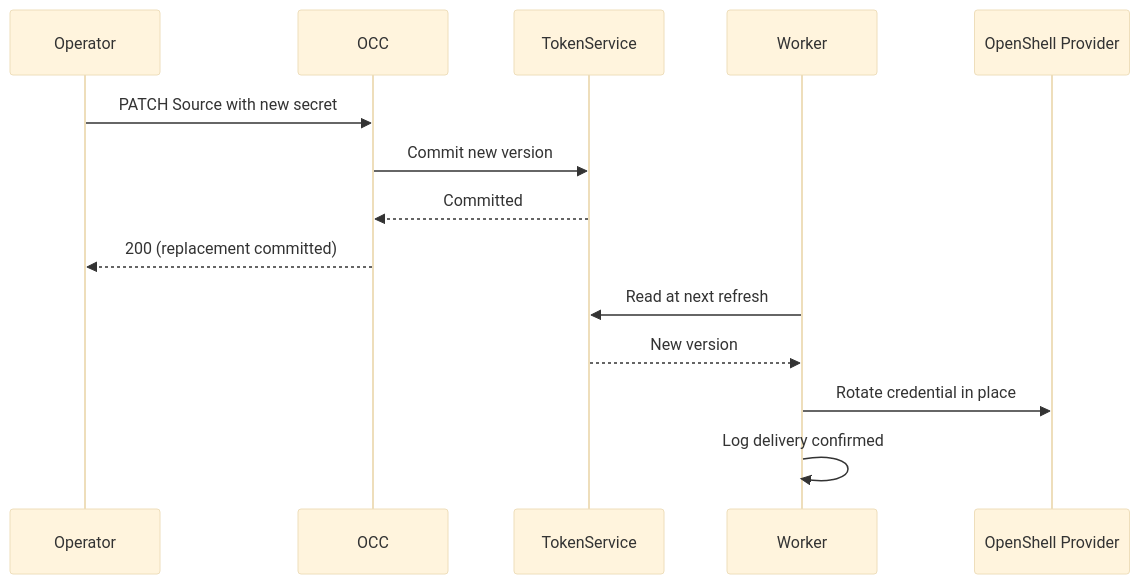
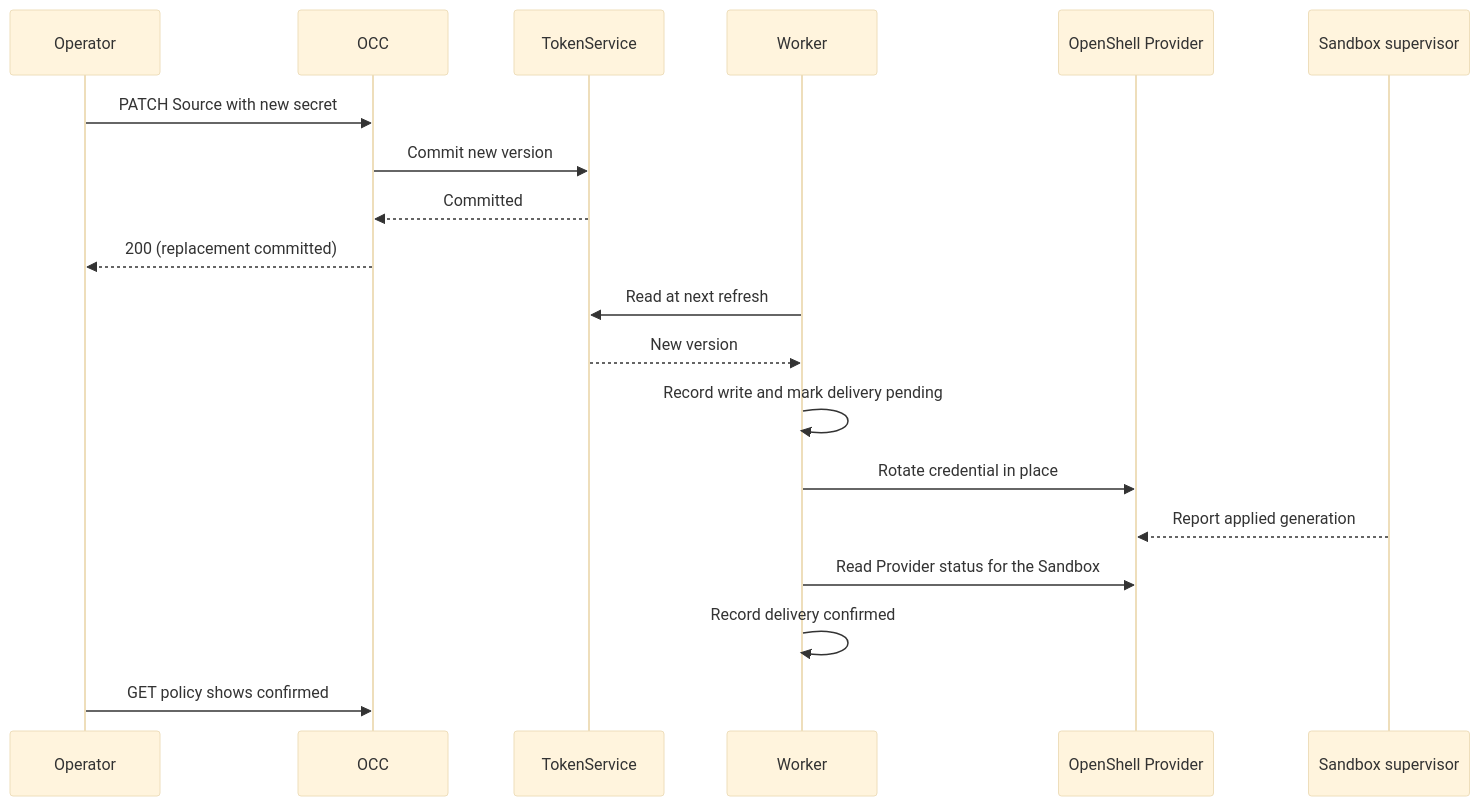
One commit to openclaw/openclaw-enterprise changed the diagram in specs/rfcs/20261123-repository-token-source.md. Above: the diagram before and after it, drawn with Mermaid (base theme). The commit also changed other lines of this file, not shown here.

````diff
--- a/specs/rfcs/20261123-repository-token-source.md
+++ b/specs/rfcs/20261123-repository-token-source.md
@@ -90,16 +118,21 @@
 ```mermaid
 sequenceDiagram
   participant Op as Operator
   participant OCC
   participant TS as TokenService
   participant W as Worker
   participant P as OpenShell Provider
+  participant S as Sandbox supervisor
   Op->>OCC: PATCH Source with new secret
   OCC->>TS: Commit new version
   TS-->>OCC: Committed
   OCC-->>Op: 200 (replacement committed)
   W->>TS: Read at next refresh
   TS-->>W: New version
+  W->>W: Record write and mark delivery pending
   W->>P: Rotate credential in place
-  W->>W: Log delivery confirmed
+  S-->>P: Report applied generation
+  W->>P: Read Provider status for the Sandbox
+  W->>W: Record delivery confirmed
+  Op->>OCC: GET policy shows confirmed
 ```
````
